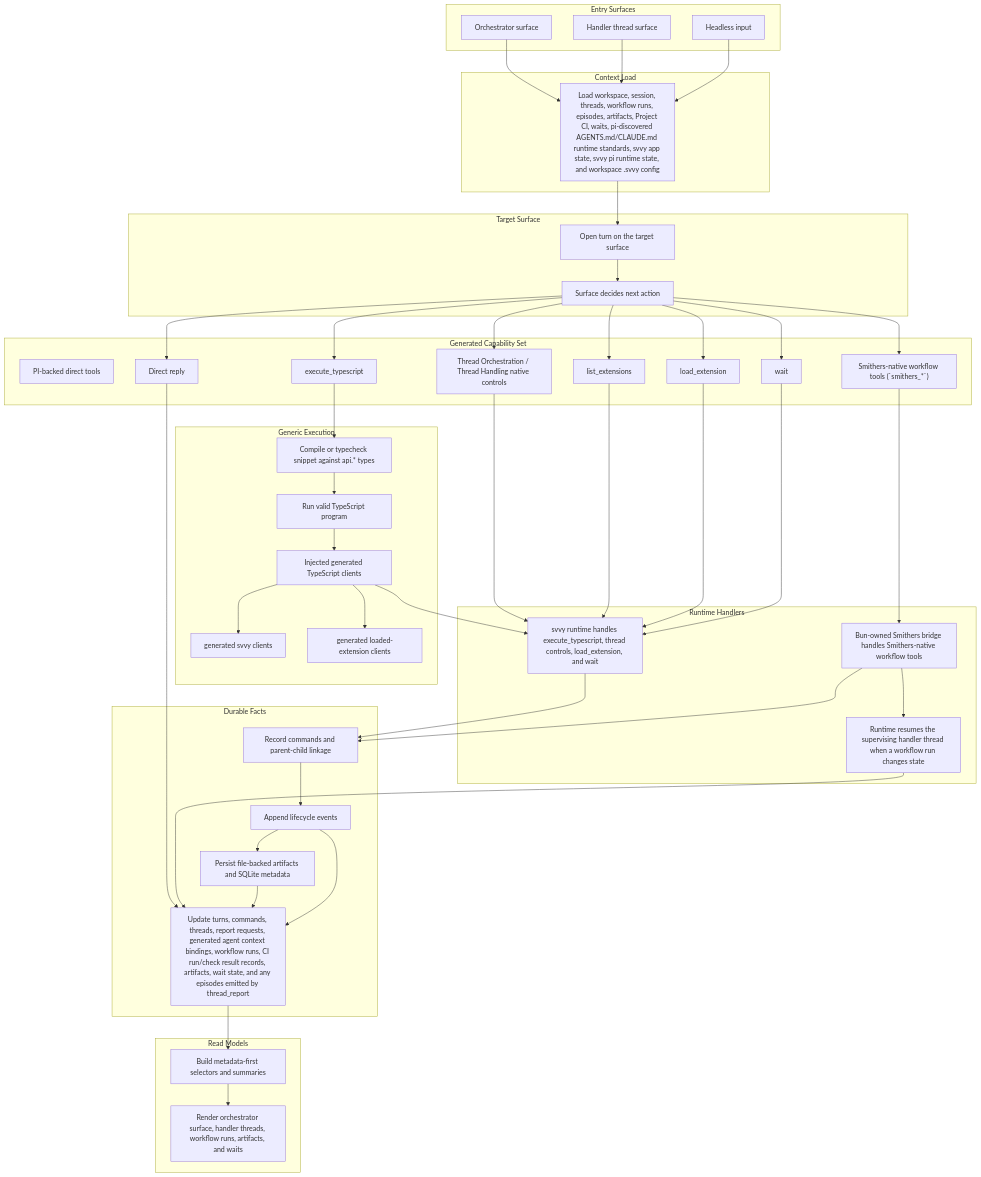
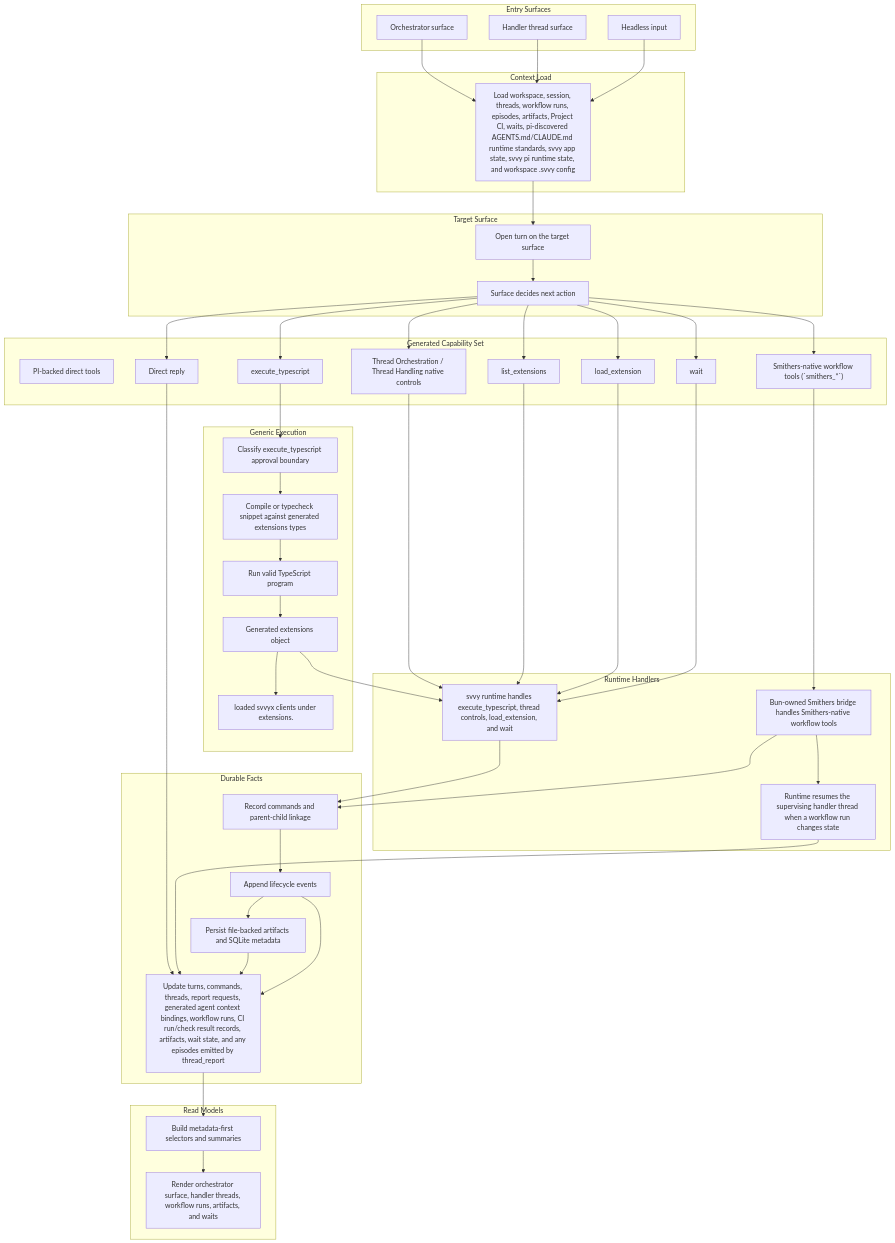
Before and after one commit to 0xpolarzero/hellm: the diagram in docs/execution-model.md, drawn with Mermaid. The commit also changed other lines of this file and 19 other files, not shown here.

Commit message:
docs: specify artifacts and execute typescript surfaces

```diff
--- a/docs/execution-model.md
+++ b/docs/execution-model.md
@@ -56,11 +56,11 @@
     end
 
     subgraph GenericExec["Generic Execution"]
-        Compile["Compile or typecheck snippet against api.* types"]
+        ApproveTs["Classify execute_typescript approval boundary"]
+        Compile["Compile or typecheck snippet against generated extensions types"]
         Run["Run valid TypeScript program"]
-        Api["Injected generated TypeScript clients"]
-        ApiSvvy["generated svvy clients"]
-        ApiExtensions["generated loaded-extension clients"]
+        Api["Generated extensions object"]
+        ApiExtensions["loaded svvyx clients under extensions.<id>"]
     end
 
     subgraph Runtime["Runtime Handlers"]
@@ -96,10 +96,10 @@
     Decide --> Wait
     Decide --> DirectReply
 
-    Generic --> Compile
+    Generic --> ApproveTs
+    ApproveTs --> Compile
     Compile --> Run
     Run --> Api
-    Api --> ApiSvvy
     Api --> ApiExtensions
     Api --> RuntimeHandler
 
```
